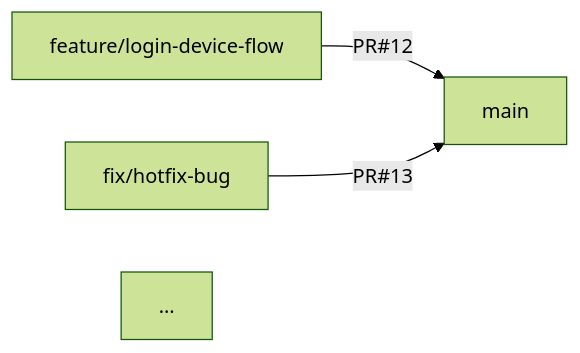
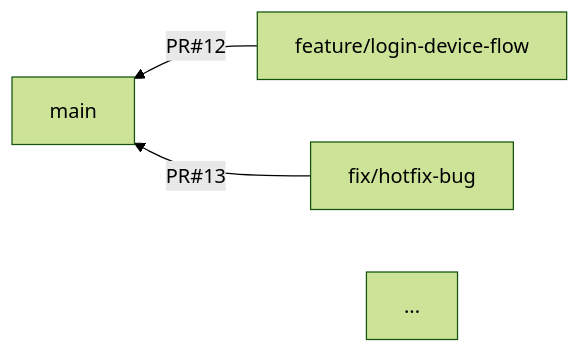
The diagram in README.md (haruo2177/PullRequestGraph), drawn with Mermaid (forest theme) before and after one commit. The commit also changed other lines of this file, not shown here.

Commit message:
README.mdのMermaidグラフの方向をRLに変更し、コマンド実行方法を修正。不要なFAQセクションを削除。

````diff
--- a/README.md
+++ b/README.md
@@ -67,6 +67,6 @@
 ```mermaid
-graph LR
+graph RL
   feature/login-device-flow --> |PR#12| main
   fix/hotfix-bug            --> |PR#13| main
   ...
 ```
````
